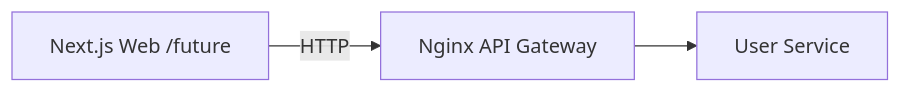
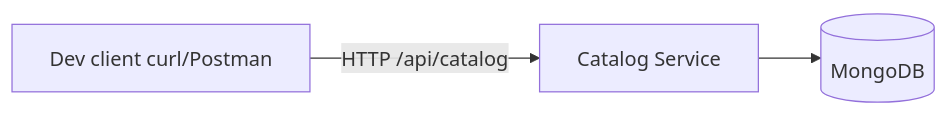
Before and after one commit to yesoreyeram/petty-kadai: the diagram in docs/weeks/week-02/README.md, drawn with Mermaid. The commit also changed other lines of this file and 18 other files, not shown here.

````diff
--- a/docs/weeks/week-02/README.md
+++ b/docs/weeks/week-02/README.md
@@ -43,7 +42,7 @@
 ```mermaid
 flowchart LR
-  UI[Next.js Web /future]
-  GW[Nginx API Gateway]
-  USER[User Service]
-  UI -->|HTTP| GW --> USER
+  CLIENT[Dev client curl/Postman]
+  CATALOG[Catalog Service]
+  MONGO[(MongoDB)]
+  CLIENT -->|HTTP /api/catalog| CATALOG --> MONGO
 ```
````
